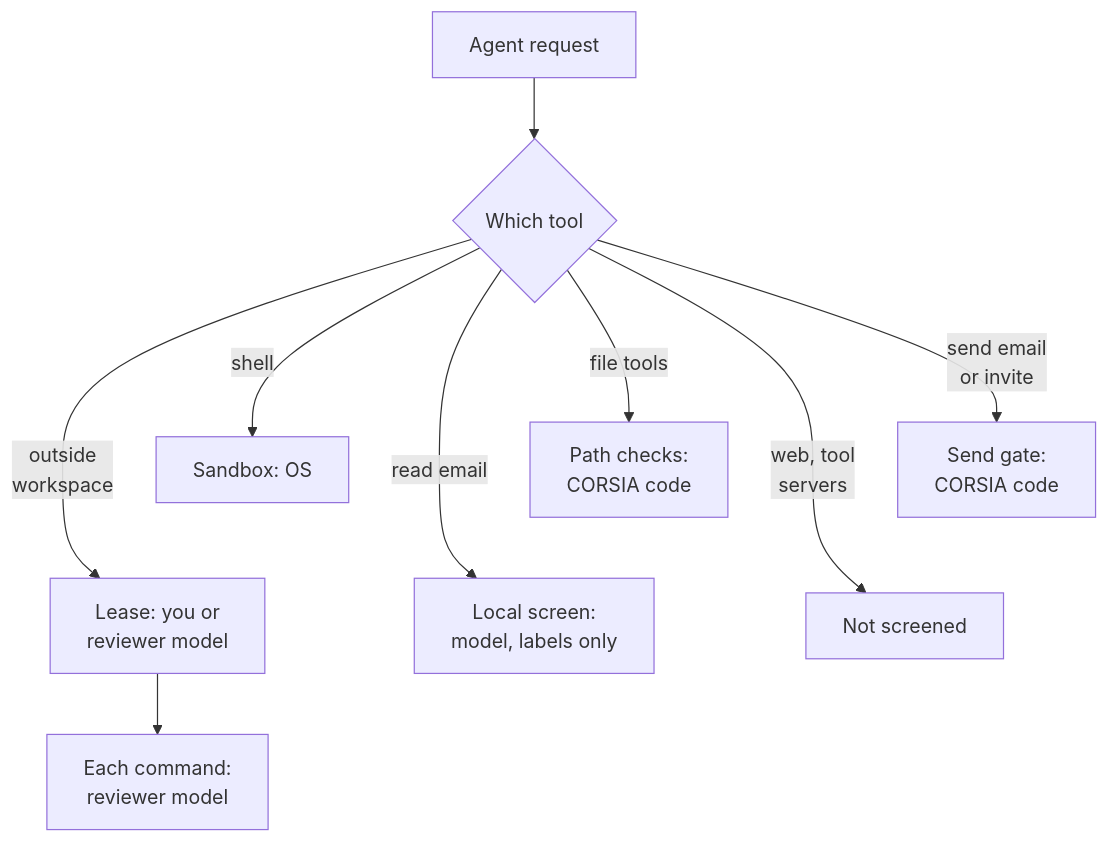
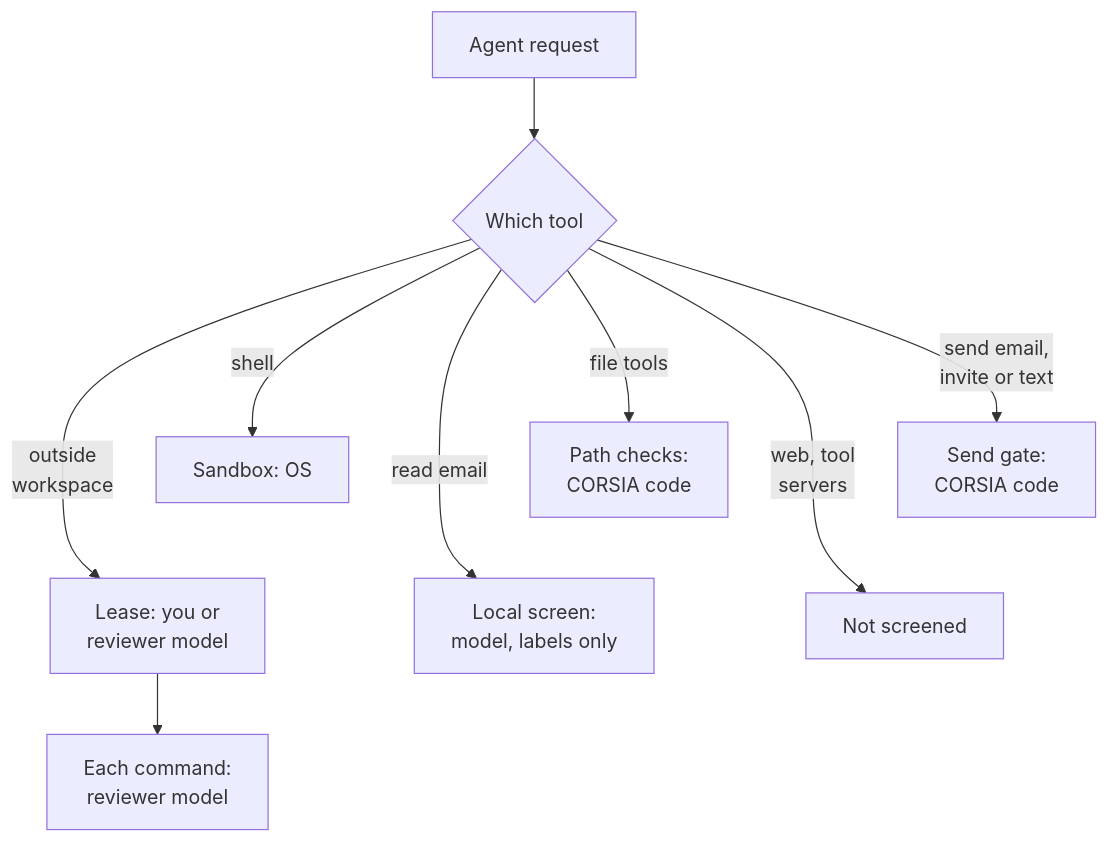
Before and after one commit to cebertowicz/corsia: the diagram in docs/security/threat-model.md, drawn with Mermaid. The commit also changed other lines of this file and 13 other files, not shown here.

````diff
--- a/docs/security/threat-model.md
+++ b/docs/security/threat-model.md
@@ -47,15 +49,15 @@
 ```mermaid
 flowchart TB
     R[Agent request] --> T{Which tool}
     T -->|shell| SB[Sandbox: OS]
     T -->|file tools| FG[Path checks:<br/>CORSIA code]
-    T -->|send email<br/>or invite| G[Send gate:<br/>CORSIA code]
+    T -->|send email,<br/>invite or text| G[Send gate:<br/>CORSIA code]
     T -->|outside<br/>workspace| L[Lease: you or<br/>reviewer model]
     L --> AR[Each command:<br/>reviewer model]
     T -->|read email| ES[Local screen:<br/>model, labels only]
     T -->|web, tool<br/>servers| X[Not screened]
     %% invisible links only set the rows, to keep the diagram narrow
     SB ~~~ L
     FG ~~~ ES
     G ~~~ X
 ```
````
